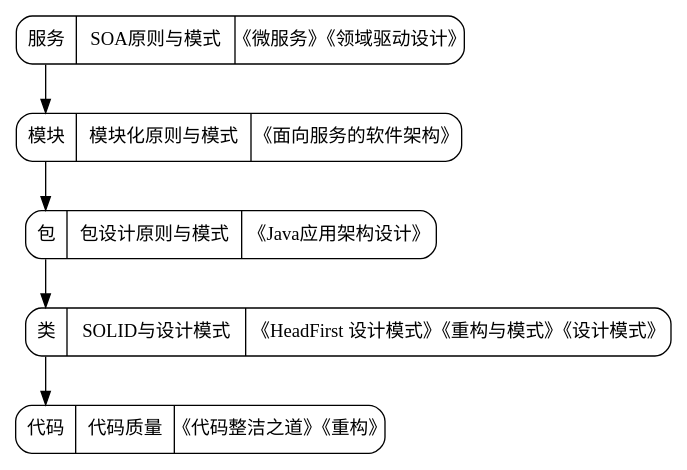
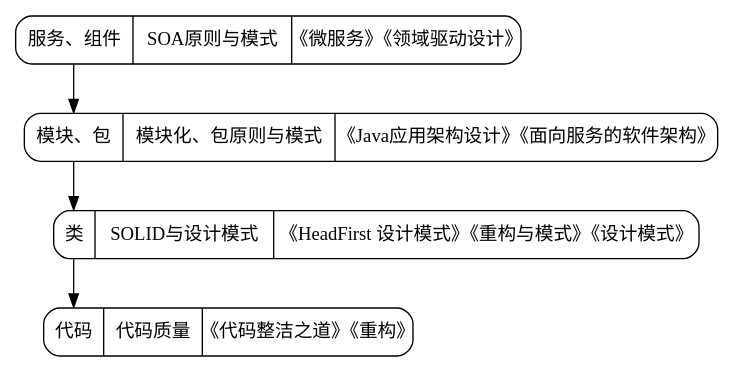
The diagram in dot/learn.dot (phodal/developer), drawn with Graphviz before and after one commit. The commit also changed 1 other file, not shown here.

```diff
--- a/dot/learn.dot
+++ b/dot/learn.dot
@@ -1,13 +1,12 @@
 digraph G {
 	node[shape=record]
 	fixedsize=true;
     compound=true;
 
-    store5:f0 -> store4:f0 -> store3:f0 -> store2:f0 -> store1:f0;
+    store4:f0 -> store3:f0 -> store2:f0 -> store1:f0;
 
-	store5 [label="<f0> 服务 |<f1> SOA原则与模式 | 《微服务》《领域驱动设计》"; shape=Mrecord];	
-	store4 [label="<f0> 模块 |<f1> 模块化原则与模式 | 《面向服务的软件架构》"; shape=Mrecord];
-	store3 [label="<f0> 包   |<f1> 包设计原则与模式 | 《Java应用架构设计》"; shape=Mrecord];
+	store4 [label="<f0> 服务、组件 |<f1> SOA原则与模式 | 《微服务》《领域驱动设计》"; shape=Mrecord];	
+	store3 [label="<f0> 模块、包 |<f1> 模块化、包原则与模式 | 《Java应用架构设计》《面向服务的软件架构》"; shape=Mrecord];
 	store2 [label="<f0> 类   |<f1> SOLID与设计模式 | <f2> 《HeadFirst 设计模式》《重构与模式》《设计模式》"; shape=Mrecord];
 	store1 [label="<f0> 代码 |<f1> 代码质量 | <f2> 《代码整洁之道》《重构》"; shape=Mrecord];
 }
```
